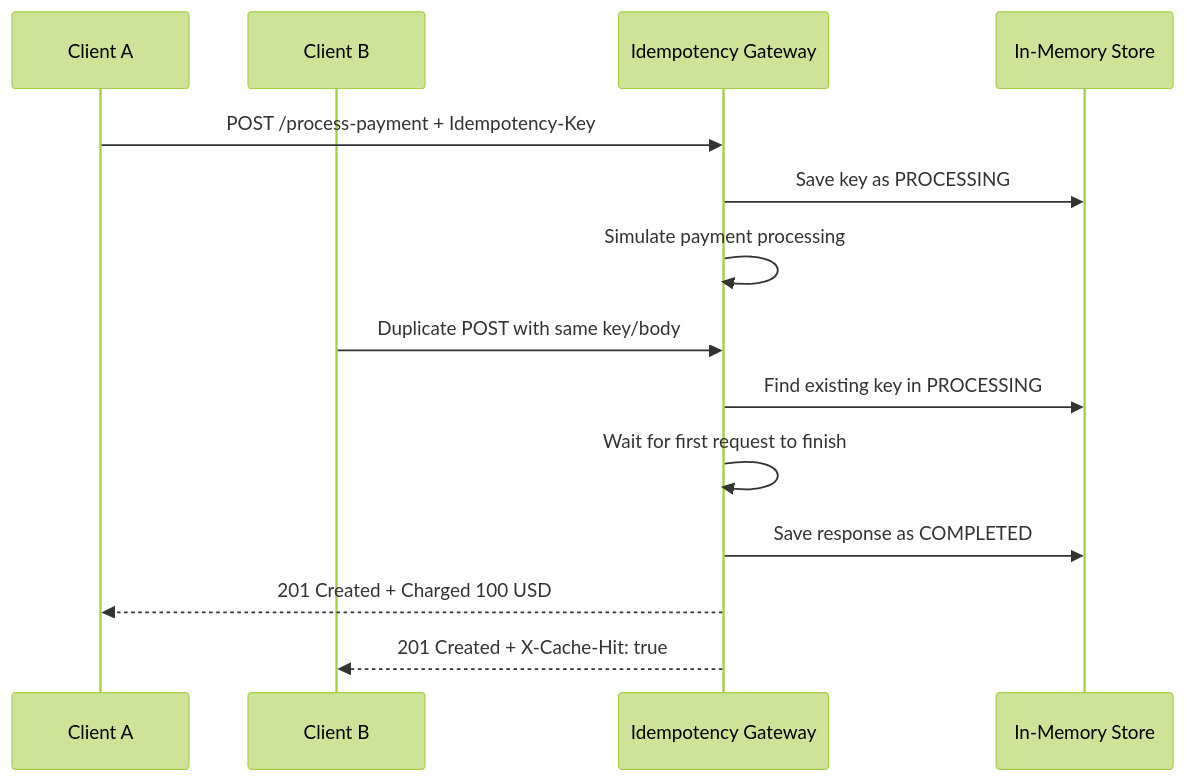
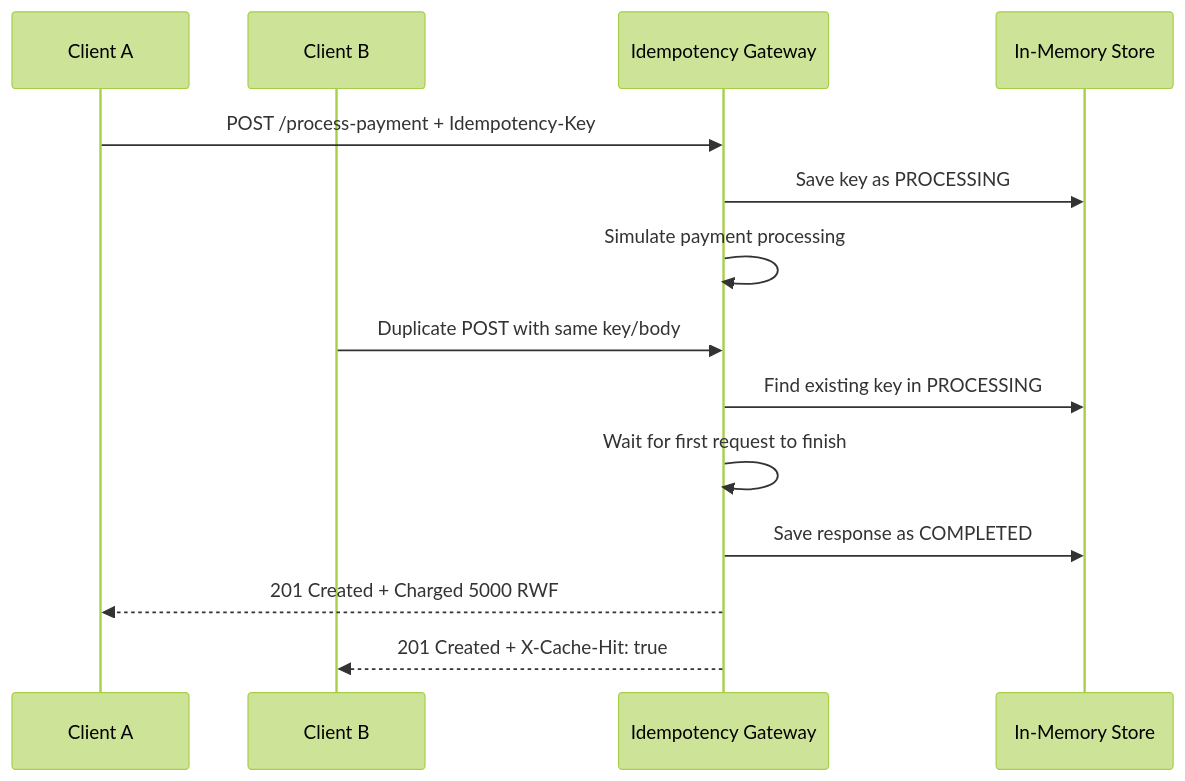
Before and after one commit to Mugish2024/idempotency-gateway: the diagram in README.md, drawn with Mermaid (forest theme). The commit also changed other lines of this file, not shown here.

````diff
--- a/README.md
+++ b/README.md
@@ -33,17 +33,17 @@
 ```mermaid
 sequenceDiagram
     participant ClientA as Client A
     participant ClientB as Client B
     participant API as Idempotency Gateway
     participant Store as In-Memory Store
 
     ClientA->>API: POST /process-payment + Idempotency-Key
     API->>Store: Save key as PROCESSING
     API->>API: Simulate payment processing
     ClientB->>API: Duplicate POST with same key/body
     API->>Store: Find existing key in PROCESSING
     API->>API: Wait for first request to finish
     API->>Store: Save response as COMPLETED
-    API-->>ClientA: 201 Created + Charged 100 USD
+    API-->>ClientA: 201 Created + Charged 5000 RWF
     API-->>ClientB: 201 Created + X-Cache-Hit: true
 ```
````
